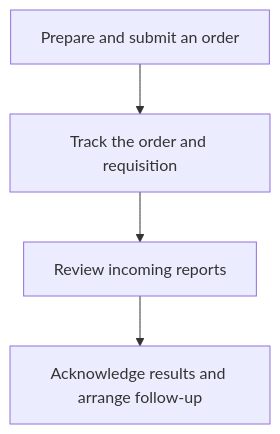
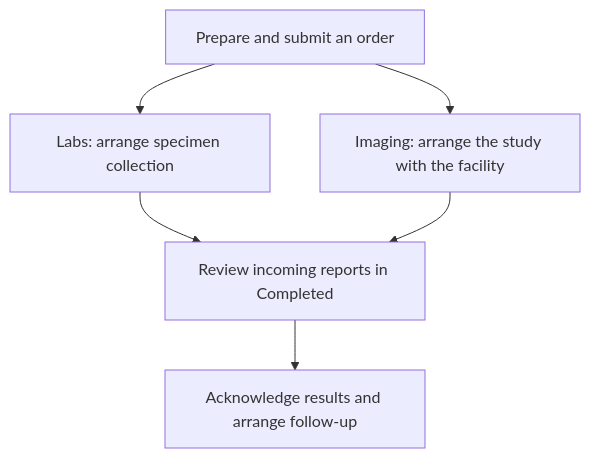
The diagram in packages/docs/content/docs/provider/labs.md (medplum/medplum), drawn with Mermaid before and after one commit. The commit also changed other lines of this file and 2 other files, not shown here.

Commit message:
docs: cover Provider imaging orders and reports

````diff
--- a/packages/docs/content/docs/provider/labs.md
+++ b/packages/docs/content/docs/provider/labs.md
@@ -15,6 +15,8 @@
 ```mermaid
 flowchart TD
-    Order["Prepare and submit an order"] --> Track["Track the order and requisition"]
-    Track --> Report["Review incoming reports"]
+    Order["Prepare and submit an order"] --> Lab["Labs: arrange specimen collection"]
+    Order --> Imaging["Imaging: arrange the study with the facility"]
+    Lab --> Report["Review incoming reports in Completed"]
+    Imaging --> Report
     Report --> Follow["Acknowledge results and arrange follow-up"]
 ```
````
